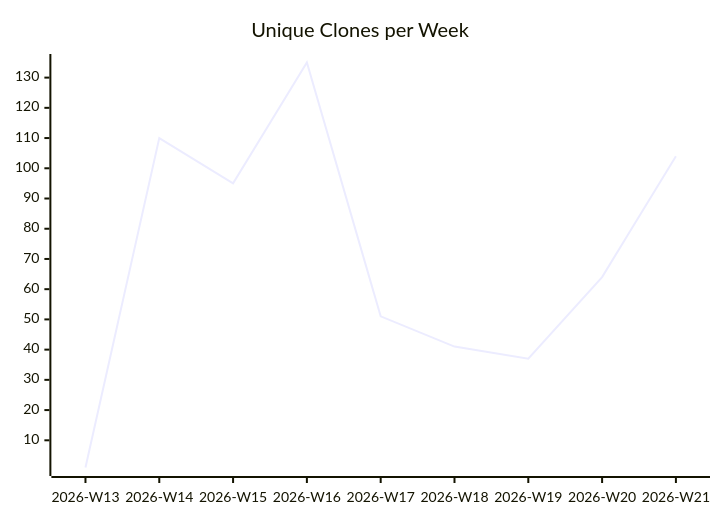
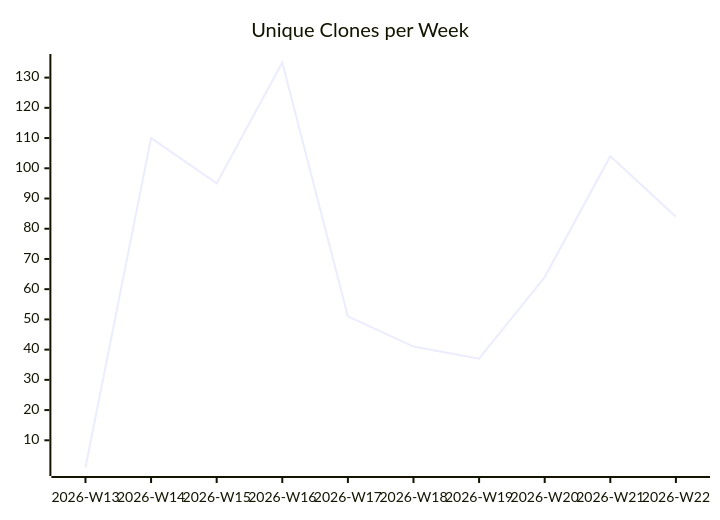
One commit to justdavis-family/github-analytics-data changed the third of 3 diagrams in justdavis-family/justdavis/README.md. Above: the diagram before and after it, drawn with Mermaid. The commit also changed other lines of this file and 190 other files, not shown here.

````diff
--- a/justdavis-family/justdavis/README.md
+++ b/justdavis-family/justdavis/README.md
@@ -19,6 +19,6 @@
 ```mermaid
 xychart-beta
   title "Unique Clones per Week"
-  x-axis ["2026-W13", "2026-W14", "2026-W15", "2026-W16", "2026-W17", "2026-W18", "2026-W19", "2026-W20", "2026-W21"]
-  line [1, 110, 95, 135, 51, 41, 37, 64, 104]
+  x-axis ["2026-W13", "2026-W14", "2026-W15", "2026-W16", "2026-W17", "2026-W18", "2026-W19", "2026-W20", "2026-W21", "2026-W22"]
+  line [1, 110, 95, 135, 51, 41, 37, 64, 104, 84]
 ```
````
